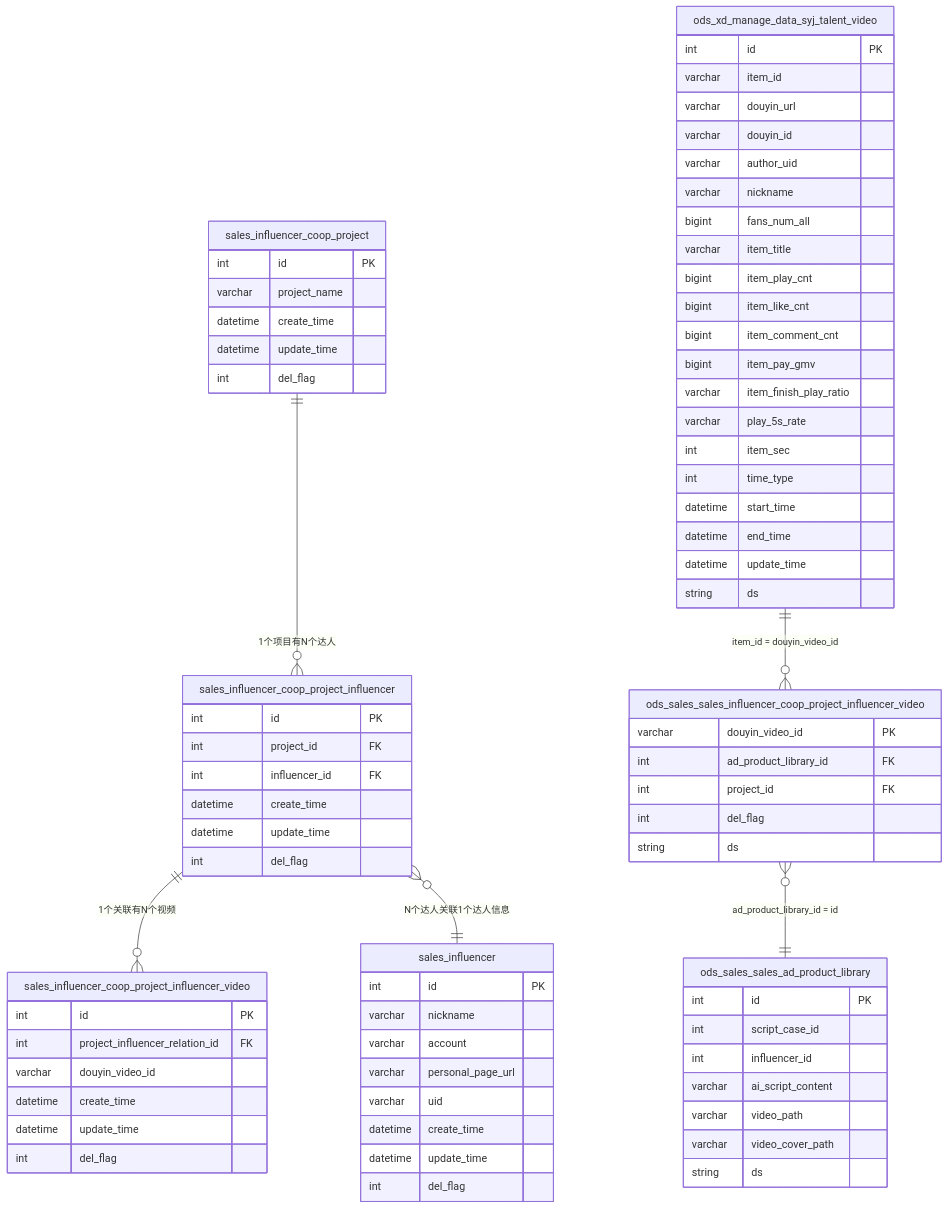
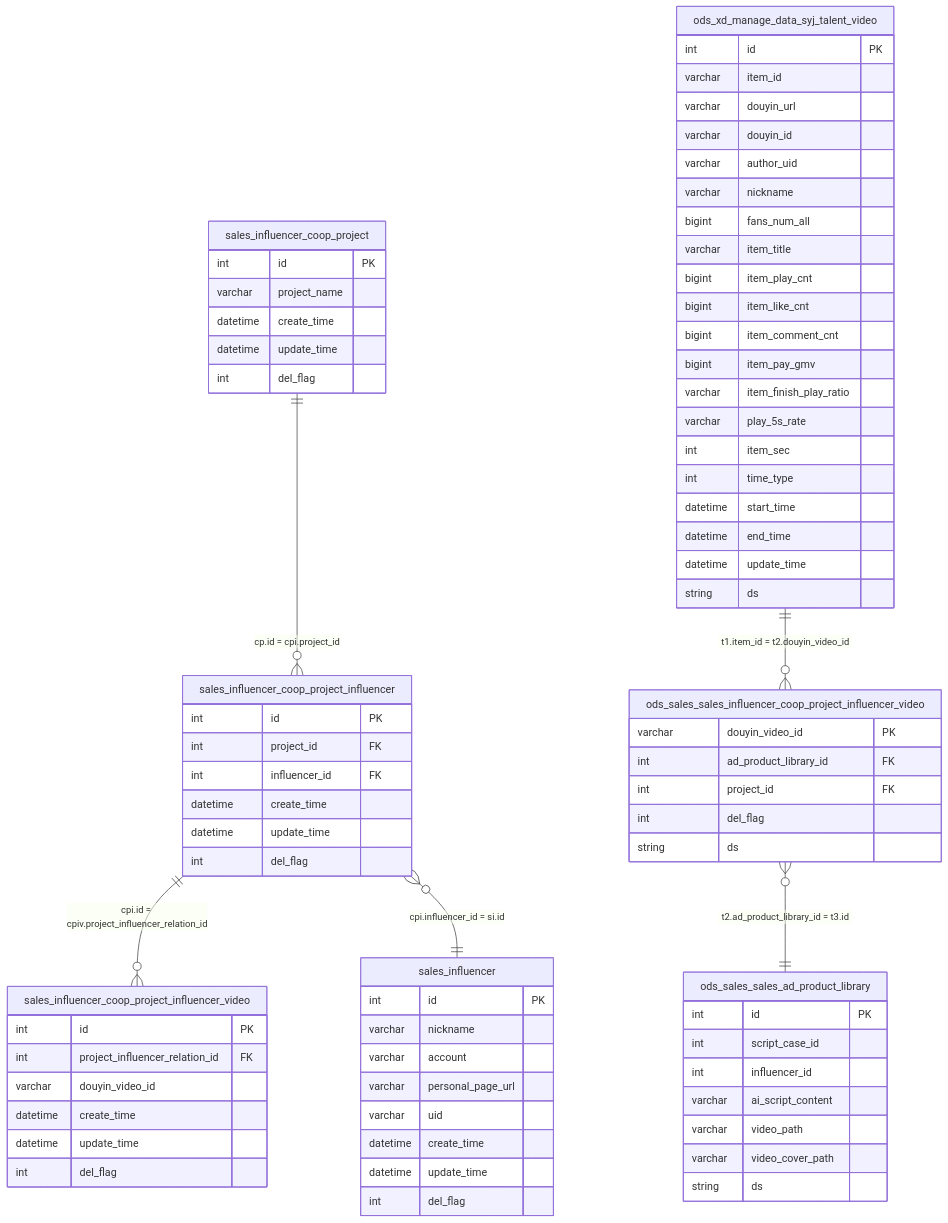
Before and after one commit to shenjiangshuai3-creator/obsidian-vault: the first of 2 diagrams in SQL笔记/07-日常工作总结/达人项目合作ER图完整版.md, drawn with Mermaid. The commit also changed other lines of this file, not shown here.

Commit message:
ER图连线标注字段=字段

````diff
--- a/SQL笔记/07-日常工作总结/达人项目合作ER图完整版.md
+++ b/SQL笔记/07-日常工作总结/达人项目合作ER图完整版.md
@@ -37,15 +36,15 @@
 ```mermaid
 erDiagram
-    %% ========== 业务层关系 ==========
-    sales_influencer_coop_project ||--o{ sales_influencer_coop_project_influencer : "1个项目有N个达人"
-    sales_influencer_coop_project_influencer ||--o{ sales_influencer_coop_project_influencer_video : "1个关联有N个视频"
-    sales_influencer_coop_project_influencer }o--|| sales_influencer : "N个达人关联1个达人信息"
+    %% ========== 业务层 ==========
+    sales_influencer_coop_project ||--o{ sales_influencer_coop_project_influencer : "cp.id = cpi.project_id"
+    sales_influencer_coop_project_influencer ||--o{ sales_influencer_coop_project_influencer_video : "cpi.id = cpiv.project_influencer_relation_id"
+    sales_influencer_coop_project_influencer }o--|| sales_influencer : "cpi.influencer_id = si.id"
 
-    %% ========== ODS 层关系 ==========
-    ods_xd_manage_data_syj_talent_video ||--o{ ods_sales_sales_influencer_coop_project_influencer_video : "item_id = douyin_video_id"
-    ods_sales_sales_influencer_coop_project_influencer_video }o--|| ods_sales_sales_ad_product_library : "ad_product_library_id = id"
+    %% ========== ODS 层 ==========
+    ods_xd_manage_data_syj_talent_video ||--o{ ods_sales_sales_influencer_coop_project_influencer_video : "t1.item_id = t2.douyin_video_id"
+    ods_sales_sales_influencer_coop_project_influencer_video }o--|| ods_sales_sales_ad_product_library : "t2.ad_product_library_id = t3.id"
 
-    %% ========== 业务层表定义 ==========
+    %% ========== 表定义 ==========
     sales_influencer_coop_project {
         int id PK
         varchar project_name
@@ -79,8 +78,6 @@
         datetime update_time
         int del_flag
     }
-
-    %% ========== ODS 层表定义 ==========
     ods_xd_manage_data_syj_talent_video {
         int id PK
         varchar item_id
````
